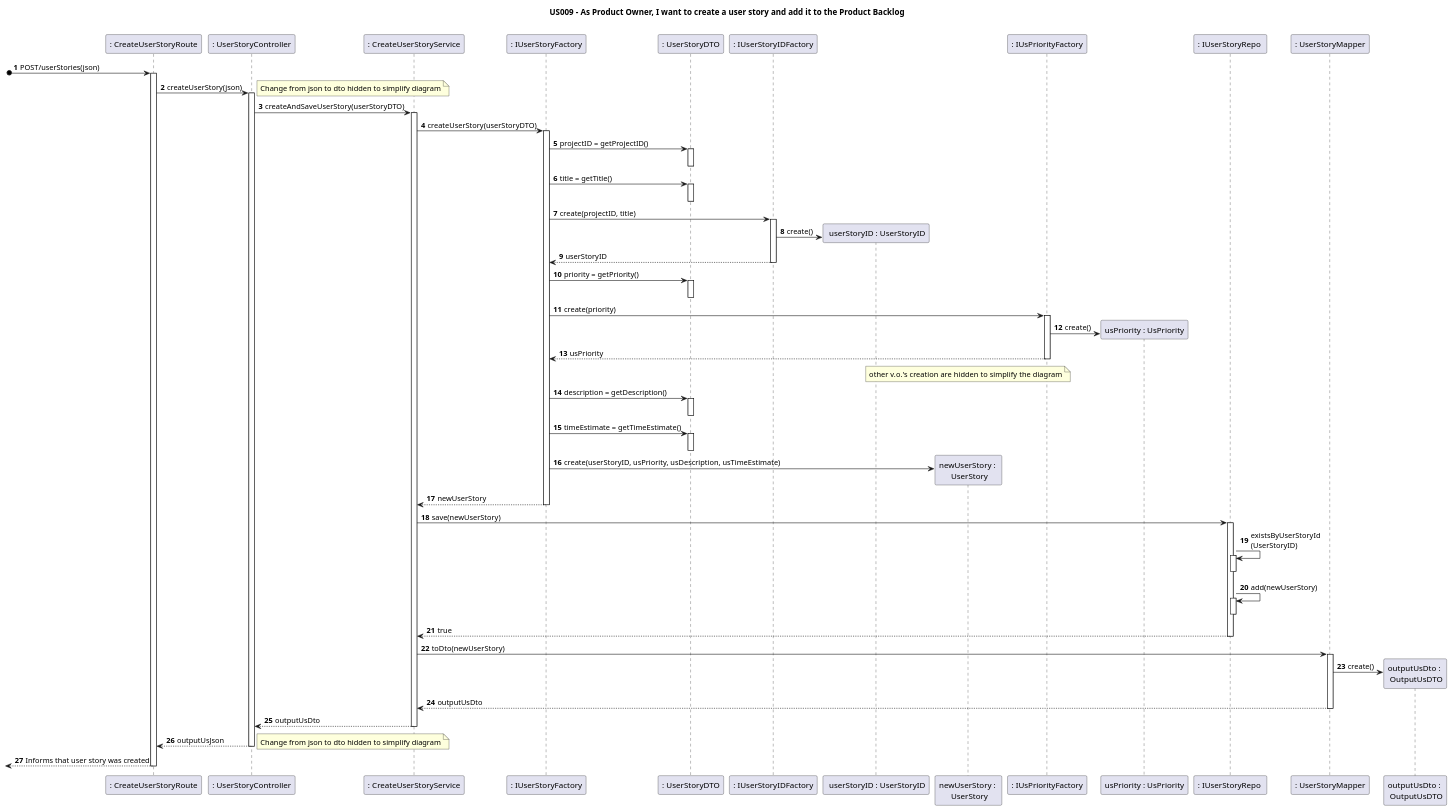
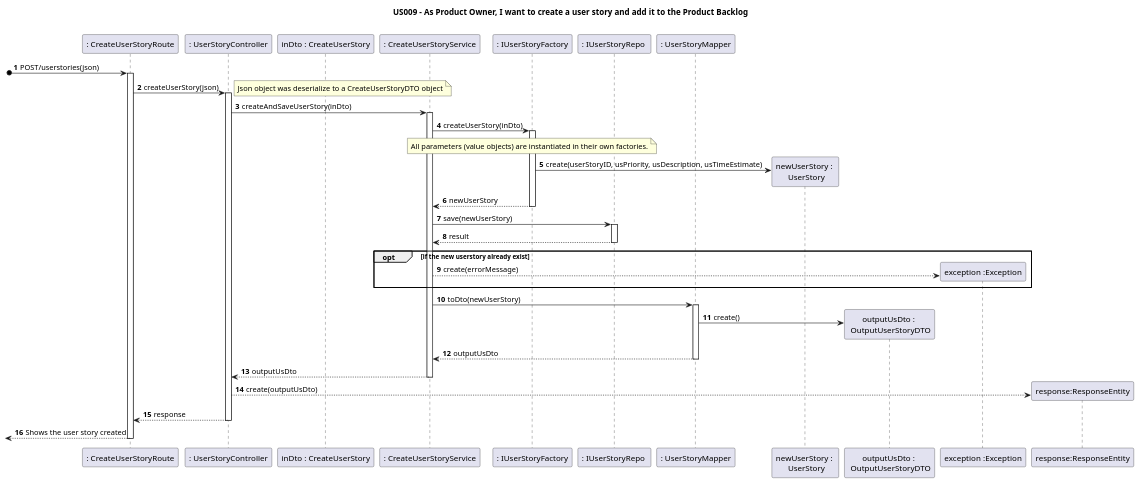
Before and after one commit to nunogon1211787/projectManagement: the diagram in docs/Sprint1/US009/US009RE-SD.puml, drawn with PlantUML. The commit also changed 29 other files, not shown here.

```diff
--- a/docs/Sprint1/US009/US009RE-SD.puml
+++ b/docs/Sprint1/US009/US009RE-SD.puml
@@ -1,72 +1,50 @@
 @startuml
 'https://plantuml.com/sequence-diagram
 
 title US009 - As Product Owner, I want to create a user story and add it to the Product Backlog
 
 autoactivate on
 autonumber
 
 
 participant ": CreateUserStoryRoute" as System
 participant ": UserStoryController" as Ctrl
+participant "inDto : CreateUserStory" as dto
 participant ": CreateUserStoryService" as appService
 participant ": IUserStoryFactory" as factory
-participant ": UserStoryDTO" as usDto
-participant ": IUserStoryIDFactory" as IusID
-participant " userStoryID : UserStoryID" as usID
-participant "newUserStory : \n UserStory" as us
-participant ": IUsPriorityFactory" as IusPrio
-participant "usPriority : UsPriority" as usPrio
 participant ": IUserStoryRepo " as usStore
 participant ": UserStoryMapper" as usMapper
-participant "outputUsDto : \n OutputUsDTO" as outDto
+participant "newUserStory : \n UserStory" as us
+participant "outputUsDto : \n OutputUserStoryDTO" as outDto
+participant "exception :Exception" as exc
+participant "response:ResponseEntity" as json
 
 
 
-[o-> System: POST/userStories(json)
+[o-> System: POST/userstories(json)
 System -> Ctrl: createUserStory(json)
 note right
-Change from json to dto hidden to simplify diagram
+Json object was deserialize to a CreateUserStoryDTO object
 end note
-Ctrl -> appService: createAndSaveUserStory(userStoryDTO)
-appService -> factory:  createUserStory(userStoryDTO)
-factory -> usDto: projectID = getProjectID()
-deactivate
-factory -> usDto: title = getTitle()
-deactivate
-factory -> IusID: create(projectID, title)
- IusID-> usID **: create()
- IusID--> factory : userStoryID
+Ctrl -> appService: createAndSaveUserStory(inDto)
+appService -> factory:  createUserStory(inDto)
 
-factory-> usDto: priority = getPriority()
-deactivate
-factory -> IusPrio: create(priority)
- IusPrio-> usPrio **: create()
- IusPrio--> factory : usPriority
- note over us: other v.o.'s creation  are hidden to simplify the diagram
-factory-> usDto: description = getDescription()
- deactivate
- factory-> usDto: timeEstimate = getTimeEstimate()
-  deactivate
-
+note over factory : All parameters (value objects) are instantiated in their own factories.
 
 factory -> us **: create(userStoryID, usPriority, usDescription, usTimeEstimate)
 factory --> appService: newUserStory
 
 appService-> usStore: save(newUserStory)
-usStore-> usStore: existsByUserStoryId\n(UserStoryID)
-deactivate
-usStore-> usStore: add(newUserStory)
-deactivate
-usStore --> appService : true
+usStore --> appService : result
+opt if the new userstory already exist
+appService --> exc** : create(errorMessage)
+end
 appService-> usMapper : toDto(newUserStory)
 usMapper-> outDto **:create()
 usMapper --> appService: outputUsDto
 appService --> Ctrl: outputUsDto
-Ctrl --> System: outputUsJson
-note right
-Change from json to dto hidden to simplify diagram
-end note
-[<--System : Informs that user story was created
+Ctrl --> json**: create(outputUsDto)
+Ctrl --> System: response
+[<--System : Shows the user story created
 
 @enduml
```
